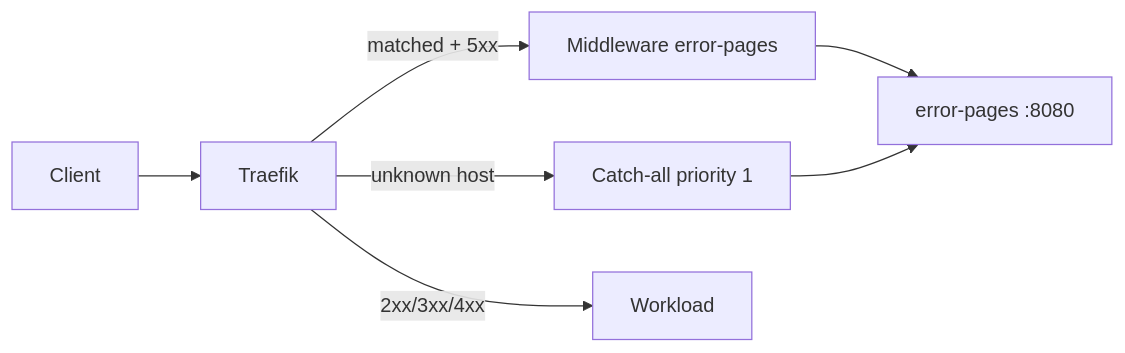
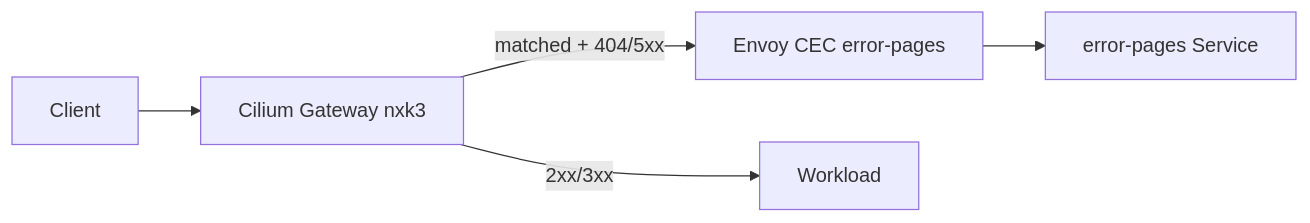
Before and after one commit to HenryHST/minilab: the diagram in docs/adr/0024-error-pages.md, drawn with Mermaid. The commit also changed other lines of this file and 123 other files, not shown here.

First line of the commit message:
feat(edge): migrate Traefik IngressRoutes to Cilium Gateway API

````diff
--- a/docs/adr/0024-error-pages.md
+++ b/docs/adr/0024-error-pages.md
@@ -20,9 +19,7 @@
 ```mermaid
 flowchart LR
-  Client --> Traefik
-  Traefik -->|"matched + 5xx"| MW["Middleware error-pages"]
-  MW --> EP["error-pages :8080"]
-  Traefik -->|"unknown host"| CatchAll["Catch-all priority 1"]
-  CatchAll --> EP
-  Traefik -->|"2xx/3xx/4xx"| App["Workload"]
+  Client --> GW["Cilium Gateway nxk3"]
+  GW -->|"matched + 404/5xx"| CEC["Envoy CEC error-pages"]
+  CEC --> EP["error-pages Service"]
+  GW -->|"2xx/3xx"| App["Workload"]
 ```
````
